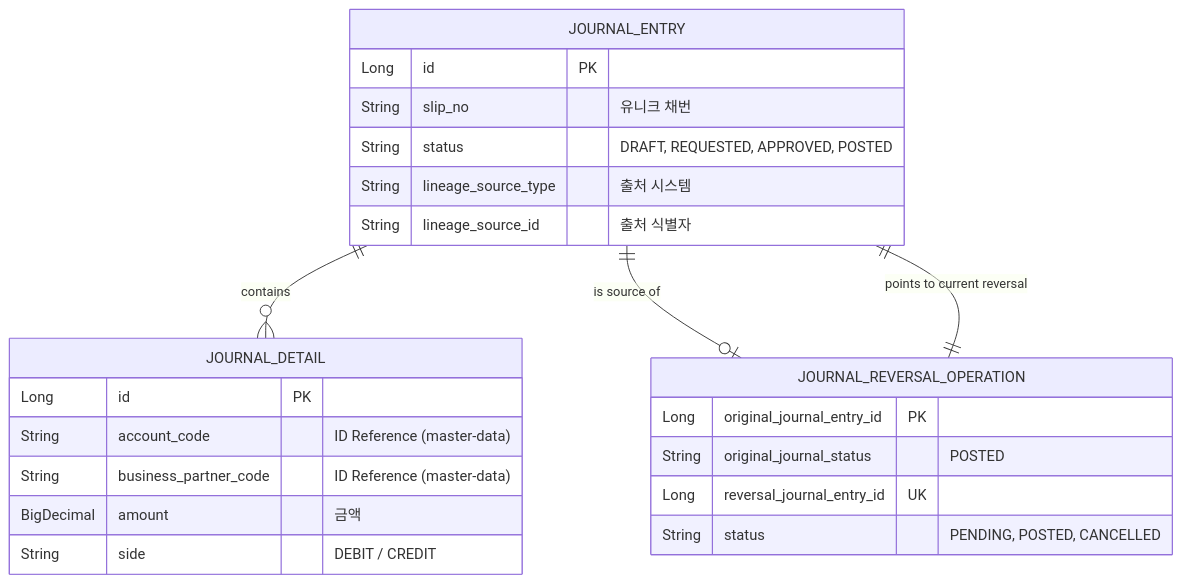
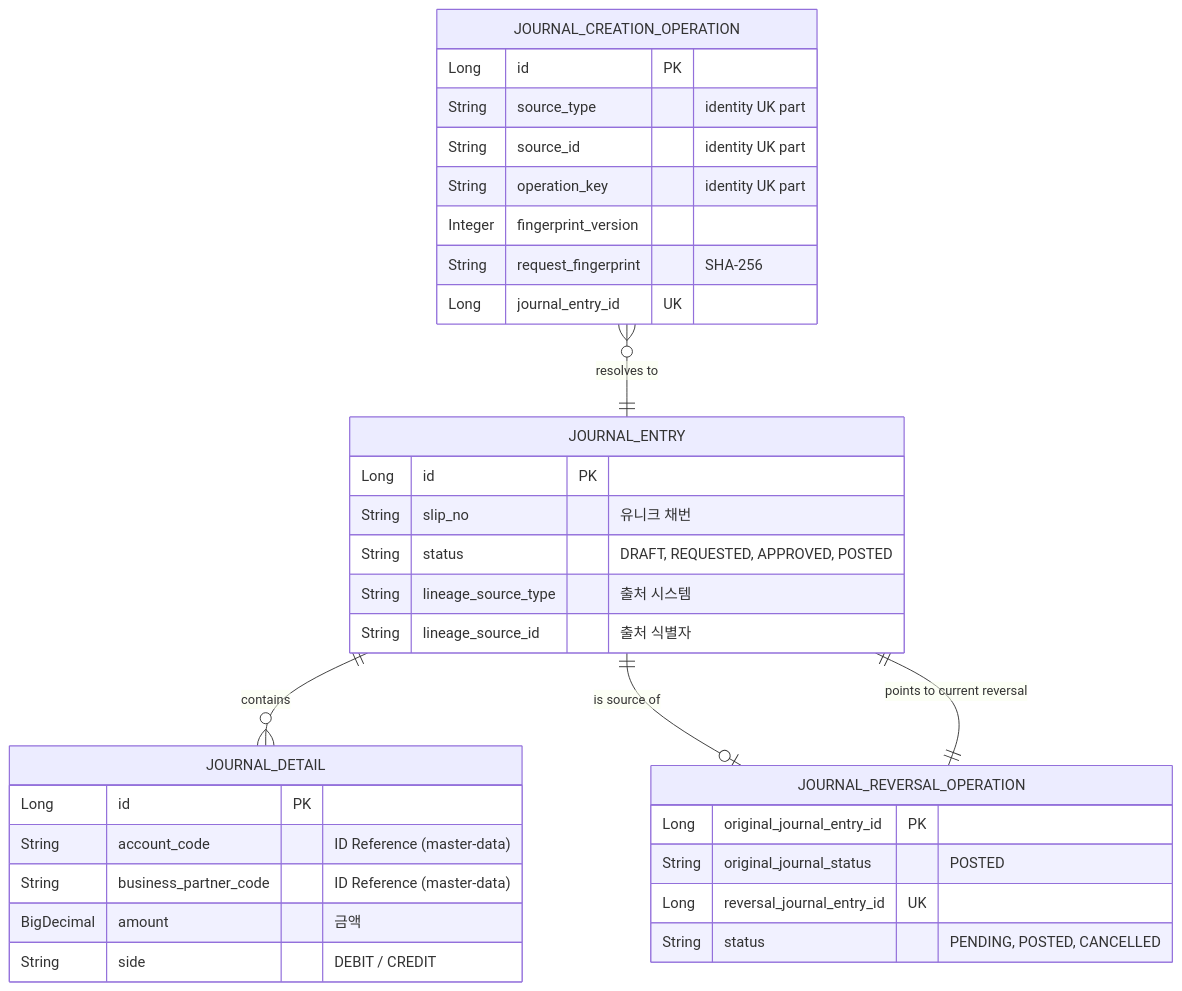
Before and after one commit to skyg547/account: the third of 3 diagrams in journal-ledger/README.md, drawn with Mermaid. The commit also changed other lines of this file and 94 other files, not shown here.

Commit message:
GH-765: add durable journal creation operation identities across modules

````diff
--- a/journal-ledger/README.md
+++ b/journal-ledger/README.md
@@ -78,26 +81,36 @@
 ```mermaid
 erDiagram
     JOURNAL_ENTRY ||--o{ JOURNAL_DETAIL : "contains"
+    JOURNAL_CREATION_OPERATION }o--|| JOURNAL_ENTRY : "resolves to"
     JOURNAL_ENTRY ||--o| JOURNAL_REVERSAL_OPERATION : "is source of"
     JOURNAL_REVERSAL_OPERATION ||--|| JOURNAL_ENTRY : "points to current reversal"
     JOURNAL_ENTRY {
         Long id PK
         String slip_no "유니크 채번"
         String status "DRAFT, REQUESTED, APPROVED, POSTED"
         String lineage_source_type "출처 시스템"
         String lineage_source_id "출처 식별자"
     }
     JOURNAL_DETAIL {
         Long id PK
         String account_code "ID Reference (master-data)"
         String business_partner_code "ID Reference (master-data)"
         BigDecimal amount "금액"
         String side "DEBIT / CREDIT"
     }
+    JOURNAL_CREATION_OPERATION {
+        Long id PK
+        String source_type "identity UK part"
+        String source_id "identity UK part"
+        String operation_key "identity UK part"
+        Integer fingerprint_version
+        String request_fingerprint "SHA-256"
+        Long journal_entry_id UK
+    }
     JOURNAL_REVERSAL_OPERATION {
         Long original_journal_entry_id PK
         String original_journal_status "POSTED"
         Long reversal_journal_entry_id UK
         String status "PENDING, POSTED, CANCELLED"
     }
 ```
````
